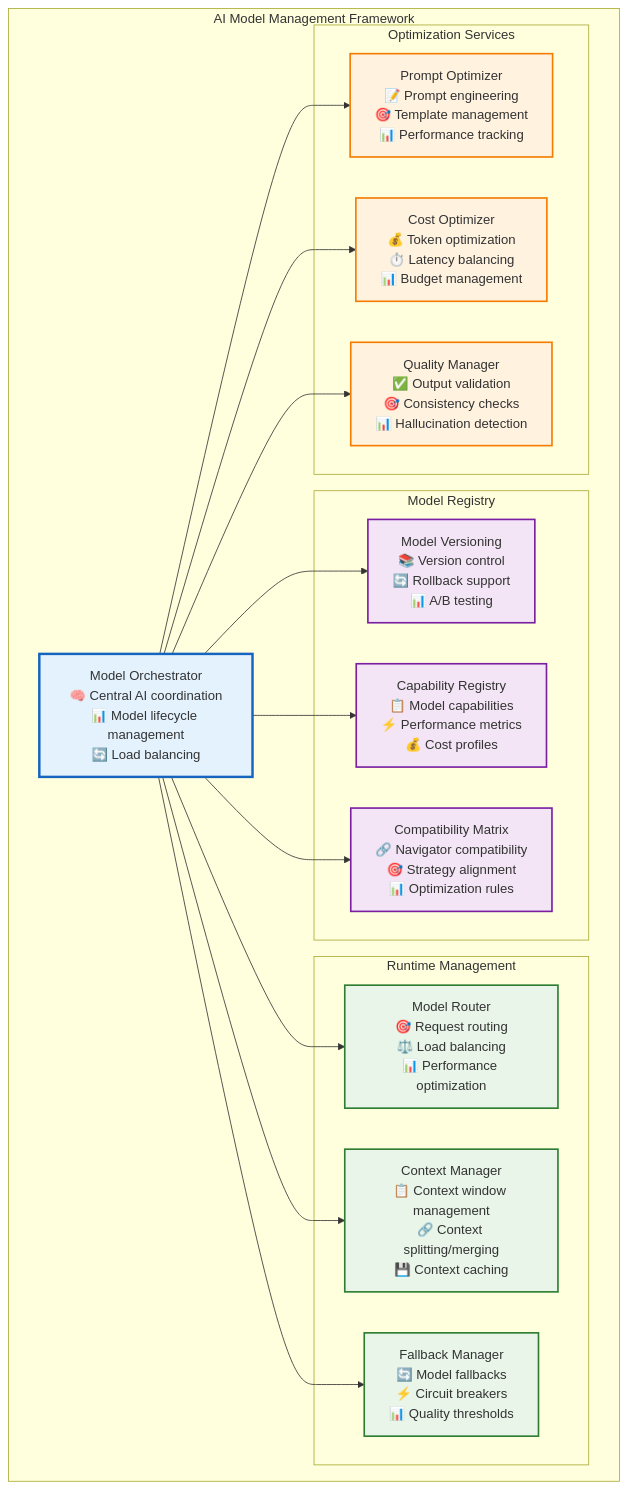
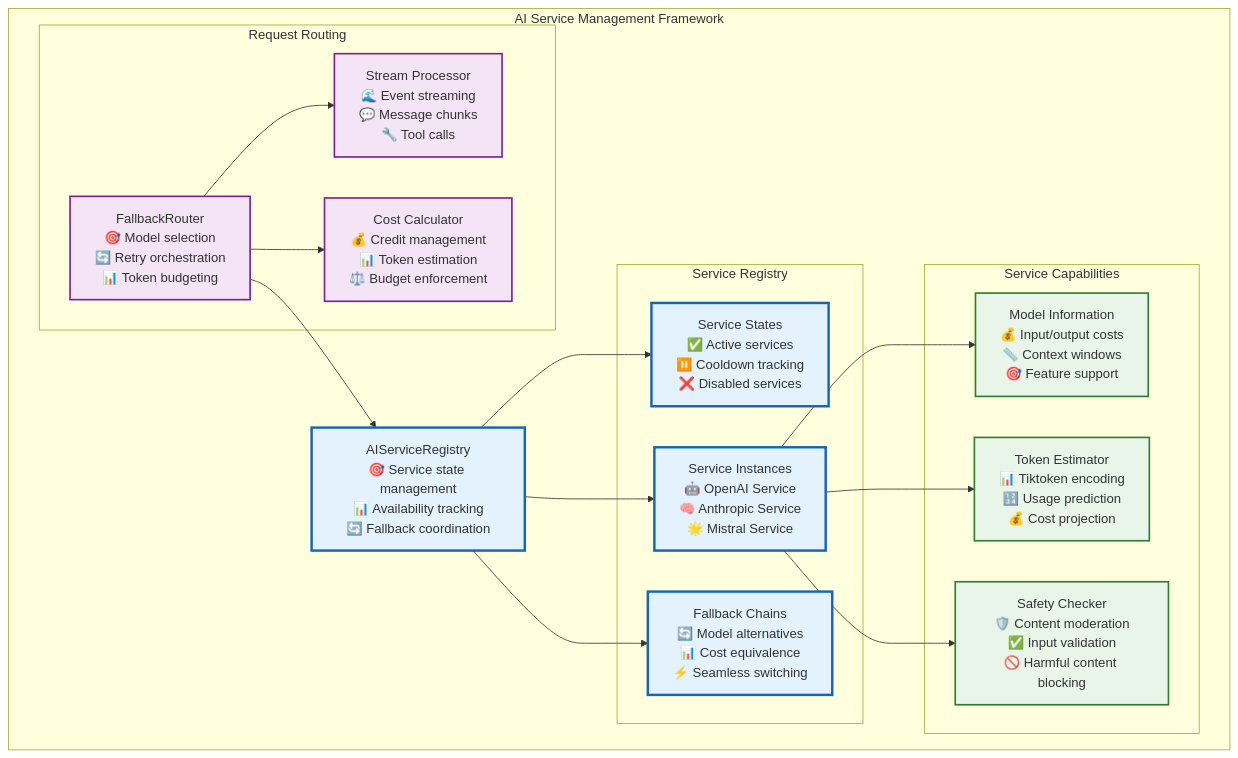
One commit to Vrooli/Vrooli changed diagram 35 of 51 in docs/ai-execution-architecture.md. Above: the diagram before and after it, drawn with Mermaid. The commit also changed other lines of this file, not shown here.

Commit message:
Execution architecture p7

````diff
--- a/docs/ai-execution-architecture.md
+++ b/docs/ai-execution-architecture.md
@@ -2425,44 +2327,44 @@
 ```mermaid
 graph TB
-    subgraph "AI Model Management Framework"
-        ModelOrchestrator[Model Orchestrator<br/>🧠 Central AI coordination<br/>📊 Model lifecycle management<br/>🔄 Load balancing]
+    subgraph "AI Service Management Framework"
+        ServiceRegistry[AIServiceRegistry<br/>🎯 Service state management<br/>📊 Availability tracking<br/>🔄 Fallback coordination]
         
-        subgraph "Model Registry"
-            ModelVersioning[Model Versioning<br/>📚 Version control<br/>🔄 Rollback support<br/>📊 A/B testing]
-            CapabilityRegistry[Capability Registry<br/>📋 Model capabilities<br/>⚡ Performance metrics<br/>💰 Cost profiles]
-            CompatibilityMatrix[Compatibility Matrix<br/>🔗 Navigator compatibility<br/>🎯 Strategy alignment<br/>📊 Optimization rules]
+        subgraph "Service Registry"
+            ServiceStates[Service States<br/>✅ Active services<br/>⏸️ Cooldown tracking<br/>❌ Disabled services]
+            ServiceInstances[Service Instances<br/>🤖 OpenAI Service<br/>🧠 Anthropic Service<br/>🌟 Mistral Service]
+            FallbackChains[Fallback Chains<br/>🔄 Model alternatives<br/>📊 Cost equivalence<br/>⚡ Seamless switching]
         end
         
-        subgraph "Runtime Management"
-            ModelRouter[Model Router<br/>🎯 Request routing<br/>⚖️ Load balancing<br/>📊 Performance optimization]
-            ContextManager[Context Manager<br/>📋 Context window management<br/>🔗 Context splitting/merging<br/>💾 Context caching]
-            FallbackManager[Fallback Manager<br/>🔄 Model fallbacks<br/>⚡ Circuit breakers<br/>📊 Quality thresholds]
+        subgraph "Request Routing"
+            FallbackRouter[FallbackRouter<br/>🎯 Model selection<br/>🔄 Retry orchestration<br/>📊 Token budgeting]
+            StreamProcessor[Stream Processor<br/>🌊 Event streaming<br/>💬 Message chunks<br/>🔧 Tool calls]
+            CostCalculator[Cost Calculator<br/>💰 Credit management<br/>📊 Token estimation<br/>⚖️ Budget enforcement]
         end
         
-        subgraph "Optimization Services"
-            PromptOptimizer[Prompt Optimizer<br/>📝 Prompt engineering<br/>🎯 Template management<br/>📊 Performance tracking]
-            CostOptimizer[Cost Optimizer<br/>💰 Token optimization<br/>⏱️ Latency balancing<br/>📊 Budget management]
-            QualityManager[Quality Manager<br/>✅ Output validation<br/>🎯 Consistency checks<br/>📊 Hallucination detection]
+        subgraph "Service Capabilities"
+            ModelInfo[Model Information<br/>💰 Input/output costs<br/>📏 Context windows<br/>🎯 Feature support]
+            TokenEstimator[Token Estimator<br/>📊 Tiktoken encoding<br/>🔢 Usage prediction<br/>💰 Cost projection]
+            SafetyChecker[Safety Checker<br/>🛡️ Content moderation<br/>✅ Input validation<br/>🚫 Harmful content blocking]
         end
     end
     
-    ModelOrchestrator --> ModelVersioning
-    ModelOrchestrator --> CapabilityRegistry
-    ModelOrchestrator --> CompatibilityMatrix
-    ModelOrchestrator --> ModelRouter
-    ModelOrchestrator --> ContextManager
-    ModelOrchestrator --> FallbackManager
-    ModelOrchestrator --> PromptOptimizer
-    ModelOrchestrator --> CostOptimizer
-    ModelOrchestrator --> QualityManager
+    ServiceRegistry --> ServiceStates
+    ServiceRegistry --> ServiceInstances
+    ServiceRegistry --> FallbackChains
     
-    classDef orchestrator fill:#e3f2fd,stroke:#1565c0,stroke-width:3px
-    classDef registry fill:#f3e5f5,stroke:#7b1fa2,stroke-width:2px
-    classDef runtime fill:#e8f5e8,stroke:#2e7d32,stroke-width:2px
-    classDef optimization fill:#fff3e0,stroke:#f57c00,stroke-width:2px
+    FallbackRouter --> ServiceRegistry
+    FallbackRouter --> StreamProcessor
+    FallbackRouter --> CostCalculator
     
-    class ModelOrchestrator orchestrator
-    class ModelVersioning,CapabilityRegistry,CompatibilityMatrix registry
-    class ModelRouter,ContextManager,FallbackManager runtime
-    class PromptOptimizer,CostOptimizer,QualityManager optimization
+    ServiceInstances --> ModelInfo
+    ServiceInstances --> TokenEstimator
+    ServiceInstances --> SafetyChecker
+    
+    classDef registry fill:#e3f2fd,stroke:#1565c0,stroke-width:3px
+    classDef routing fill:#f3e5f5,stroke:#7b1fa2,stroke-width:2px
+    classDef capabilities fill:#e8f5e8,stroke:#2e7d32,stroke-width:2px
+    
+    class ServiceRegistry,ServiceStates,ServiceInstances,FallbackChains registry
+    class FallbackRouter,StreamProcessor,CostCalculator routing
+    class ModelInfo,TokenEstimator,SafetyChecker capabilities
 ```
````
